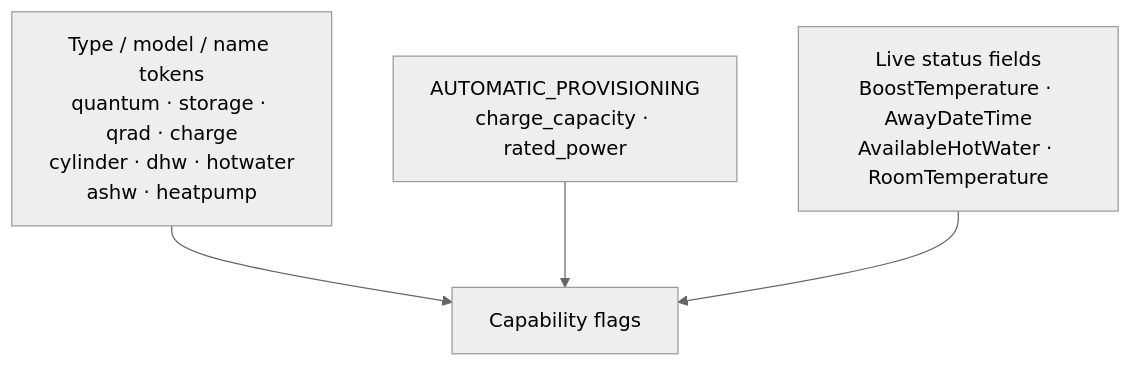
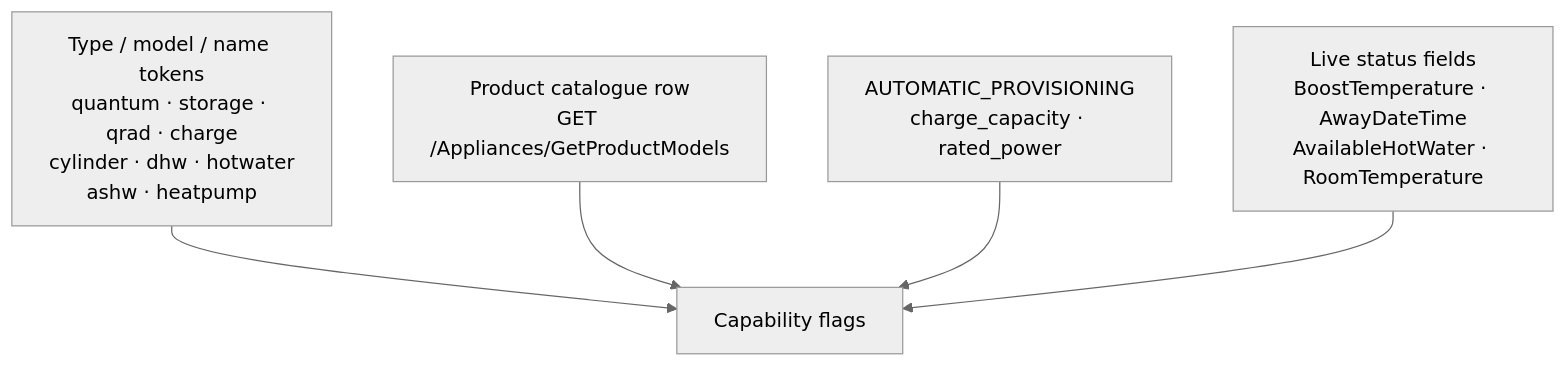
One commit to KRoperUK/dimplex-controller-hass changed the diagram in docs/reference/appliances.md. Above: the diagram before and after it, drawn with Mermaid (neutral theme). The commit also changed other lines of this file and 26 other files, not shown here.

````diff
--- a/docs/reference/appliances.md
+++ b/docs/reference/appliances.md
@@ -69,11 +77,13 @@
 ```mermaid
 flowchart TB
     T["Type / model / name tokens<br/>quantum · storage · qrad · charge<br/>cylinder · dhw · hotwater<br/>ashw · heatpump"]
-    P["AUTOMATIC_PROVISIONING<br/>charge_capacity · rated_power"]
+    P["Product catalogue row<br/>GET /Appliances/GetProductModels"]
+    A["AUTOMATIC_PROVISIONING<br/>charge_capacity · rated_power"]
     S["Live status fields<br/>BoostTemperature · AwayDateTime<br/>AvailableHotWater · RoomTemperature"]
     C["Capability flags"]
 
     T --> C
     P --> C
+    A --> C
     S --> C
 ```
````
